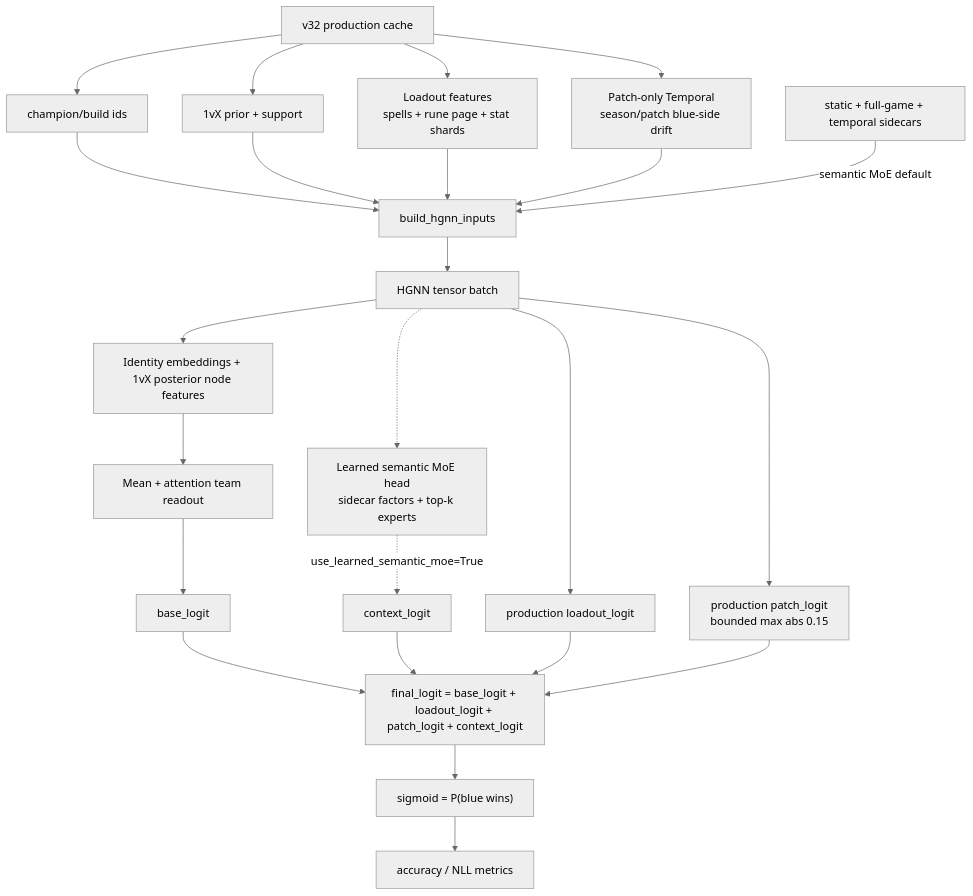
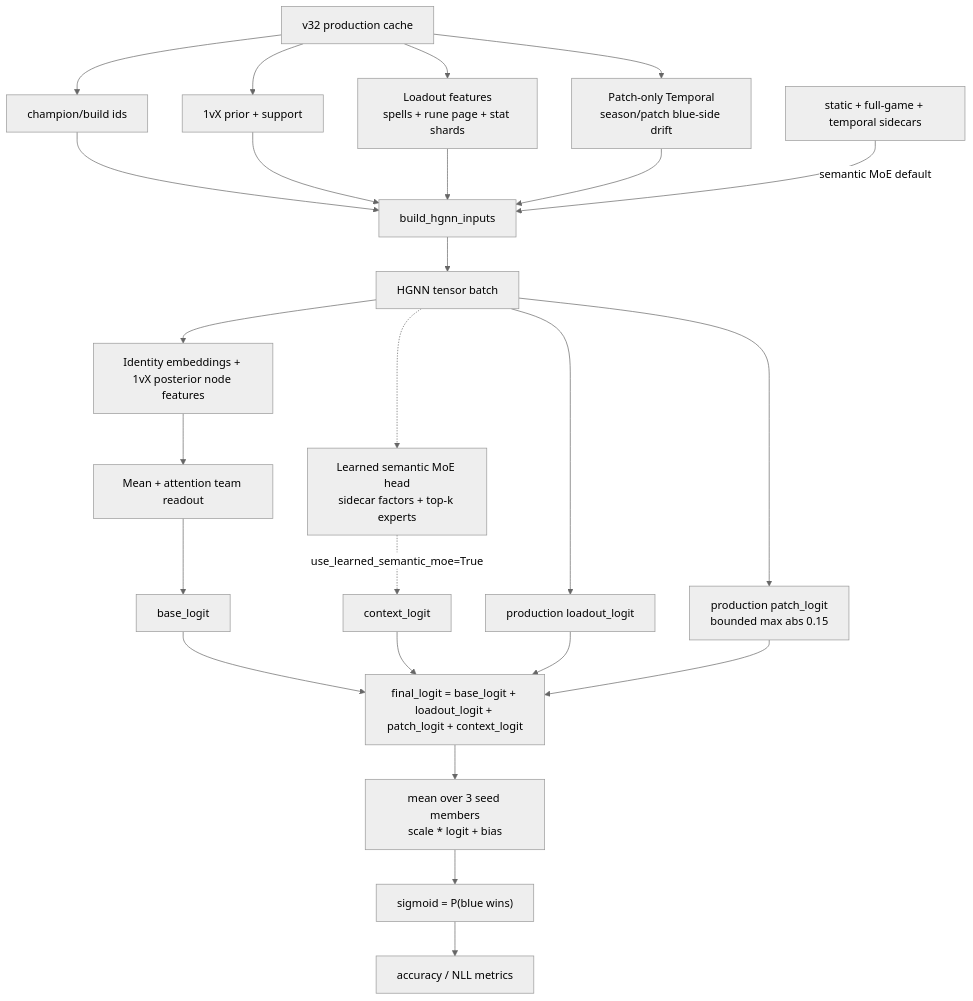
The first of 2 diagrams in app/ml/documentation/HGNN_CURRENT.md (JackLGZimmerman/riot-api-ecosystem), drawn with Mermaid (neutral theme) before and after one commit. The commit also changed other lines of this file and 10 other files, not shown here.

First line of the commit message:
Rewrite ML docs around the promoted 3-seed ensemble and retire stale audit docs

````diff
--- a/app/ml/documentation/HGNN_CURRENT.md
+++ b/app/ml/documentation/HGNN_CURRENT.md
@@ -193,28 +128,29 @@
 ```mermaid
 flowchart TD
     cache["v32 production cache"] --> ids["champion/build ids"]
     cache --> prior["1vX prior + support"]
     cache --> loadout["Loadout features<br/>spells + rune page + stat shards"]
     cache --> patch["Patch-only Temporal<br/>season/patch blue-side drift"]
 
     ids --> hgnn_inputs["build_hgnn_inputs"]
     prior --> hgnn_inputs
     loadout --> hgnn_inputs
     patch --> hgnn_inputs
     sidecars["static + full-game + temporal sidecars"] -->|semantic MoE default| hgnn_inputs
 
     hgnn_inputs --> tensor_batch["HGNN tensor batch"]
     tensor_batch --> nodes["Identity embeddings + 1vX posterior node features"]
     tensor_batch --> loadout_logit["production loadout_logit"]
     tensor_batch --> patch_logit["production patch_logit<br/>bounded max abs 0.15"]
     tensor_batch -.-> moe["Learned semantic MoE head<br/>sidecar factors + top-k experts"]
     nodes --> readout["Mean + attention team readout"]
     readout --> base["base_logit"]
     moe -.->|use_learned_semantic_moe=True| context_logit
     base --> final["final_logit = base_logit + loadout_logit + patch_logit + context_logit"]
     context_logit --> final
     loadout_logit --> final
     patch_logit --> final
-    final --> prob["sigmoid = P(blue wins)"]
+    final --> ensemble["mean over 3 seed members<br/>scale * logit + bias"]
+    ensemble --> prob["sigmoid = P(blue wins)"]
     prob --> metrics["accuracy / NLL metrics"]
 ```
````
